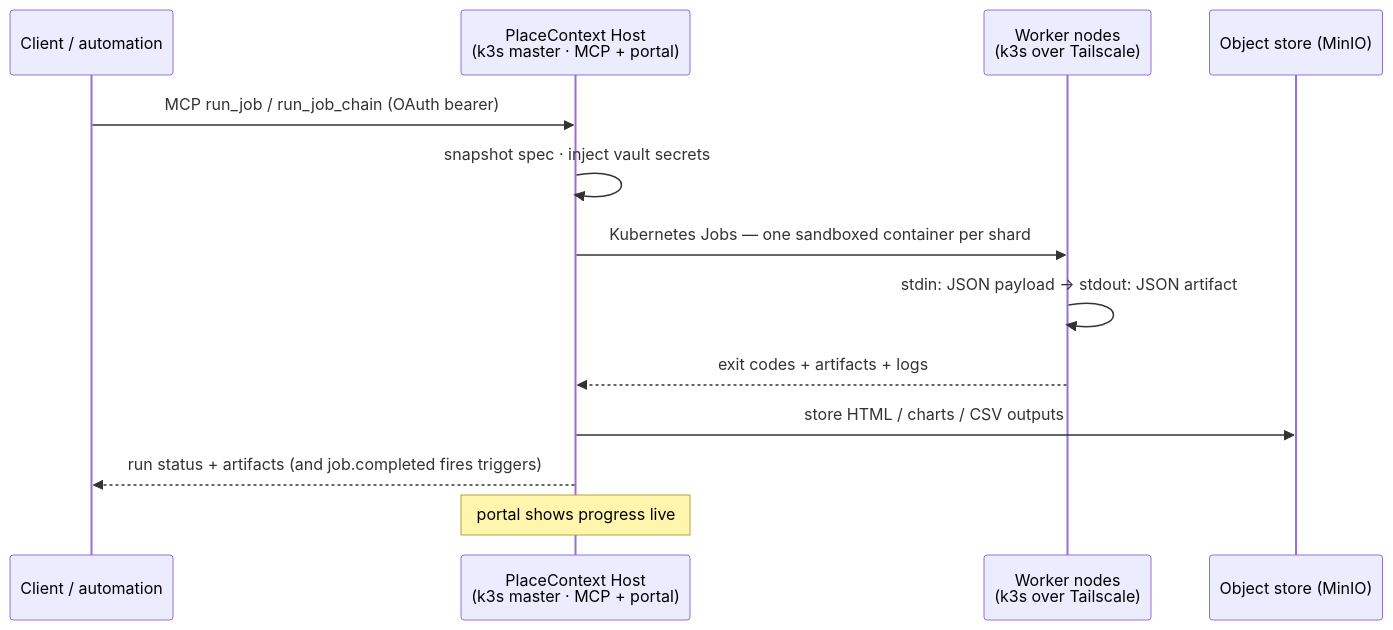
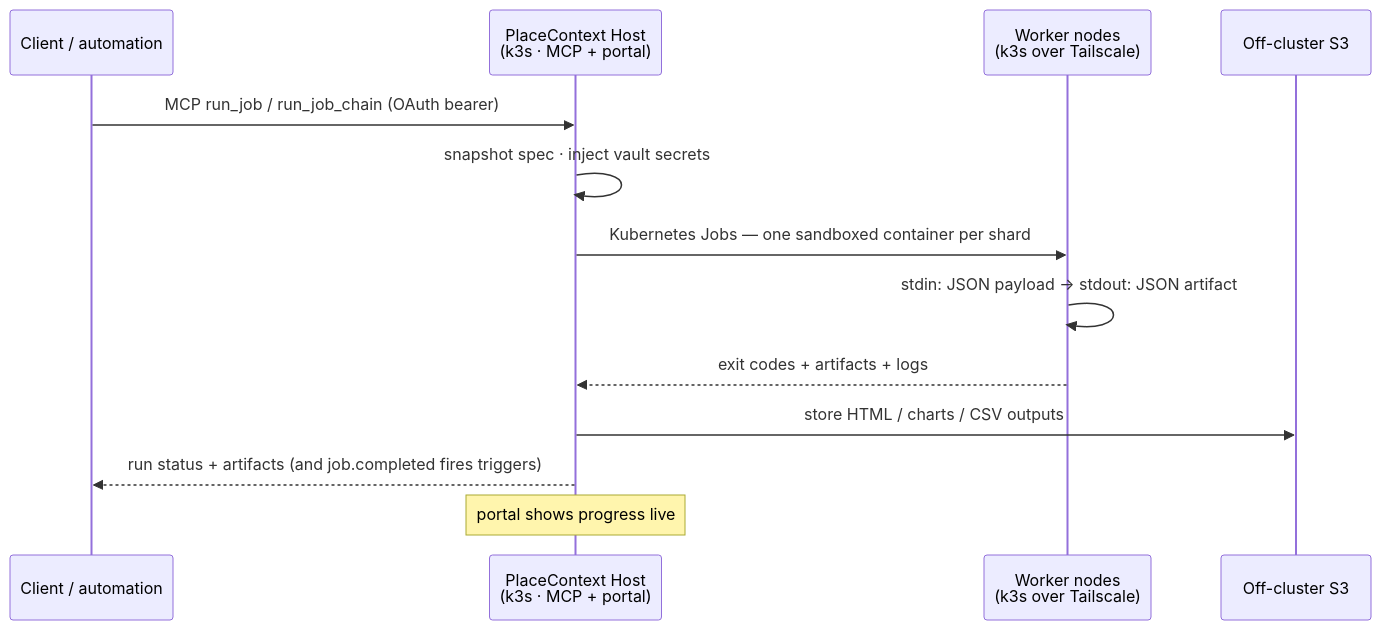
The first of 2 diagrams in README.md (bradlnz/placecontext), drawn with Mermaid before and after one commit. The commit also changed other lines of this file and 26 other files, not shown here.

````diff
--- a/README.md
+++ b/README.md
@@ -51,16 +51,16 @@
 ```mermaid
 sequenceDiagram
     participant A as Client / automation
-    participant M as PlaceContext Host<br/>(k3s master · MCP + portal)
+    participant M as PlaceContext Host<br/>(k3s · MCP + portal)
     participant W as Worker nodes<br/>(k3s over Tailscale)
-    participant S as Object store (MinIO)
+    participant S as Off-cluster S3
 
     A->>M: MCP run_job / run_job_chain (OAuth bearer)
     M->>M: snapshot spec · inject vault secrets
     M->>W: Kubernetes Jobs — one sandboxed container per shard
     W->>W: stdin: JSON payload → stdout: JSON artifact
     W-->>M: exit codes + artifacts + logs
     M->>S: store HTML / charts / CSV outputs
     M-->>A: run status + artifacts (and job.completed fires triggers)
     Note over M: portal shows progress live
 ```
````
